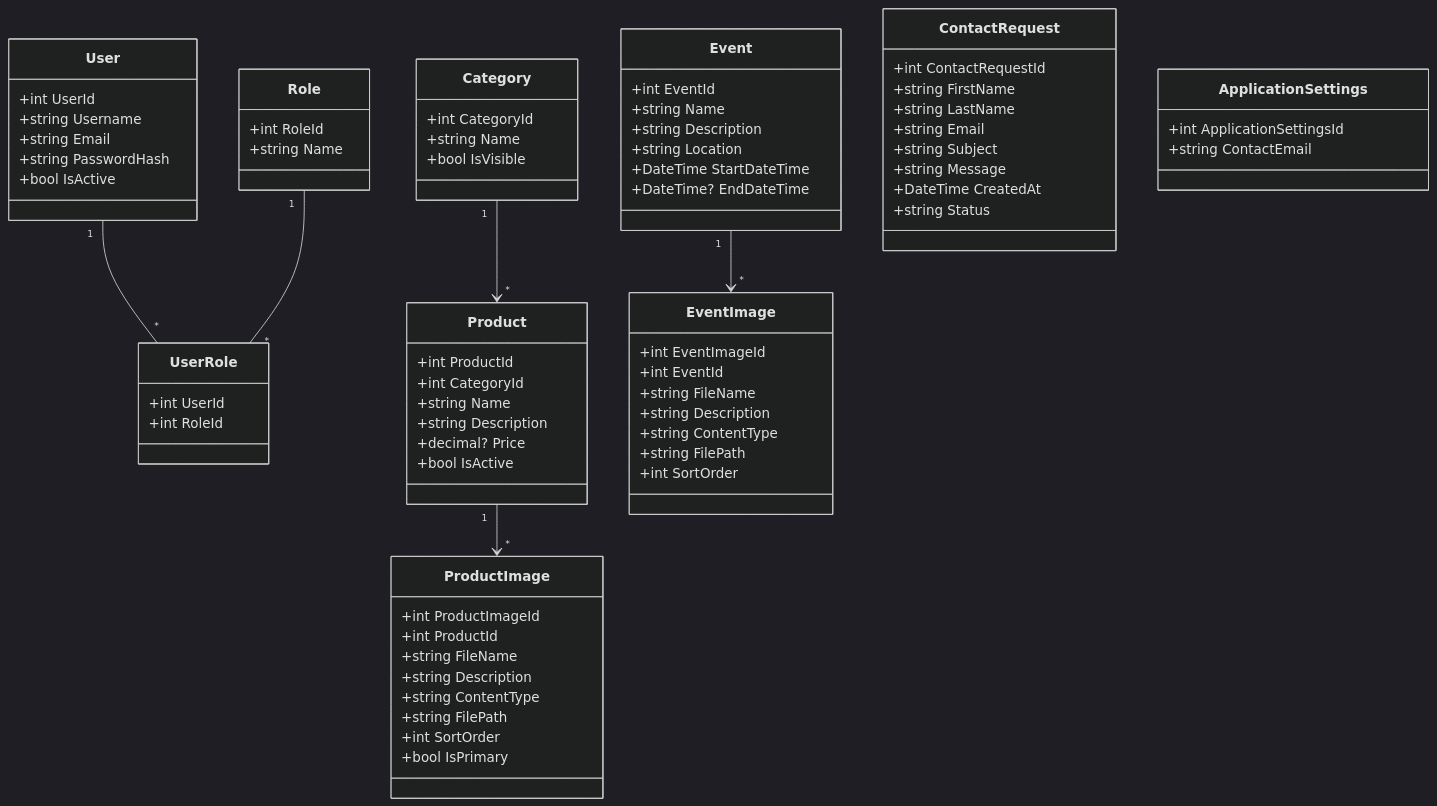
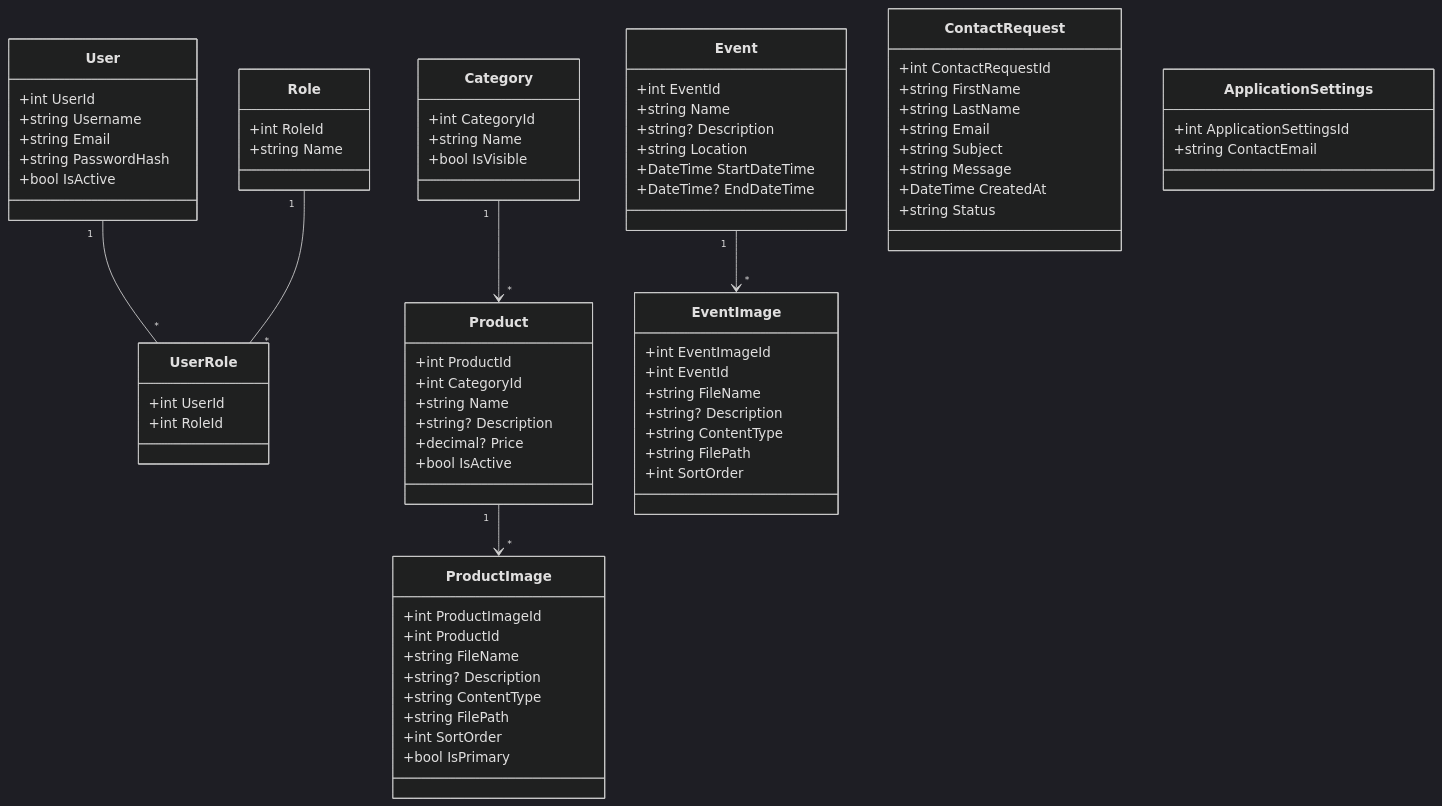
The diagram in documentation/UMLClassDiagram.mmd (SchuelerfirmaBBS1/Webseite_Schuelerfirma_04), drawn with Mermaid (dark theme) before and after one commit.

```diff
--- a/documentation/UMLClassDiagram.mmd
+++ b/documentation/UMLClassDiagram.mmd
@@ -1,88 +1,88 @@
 classDiagram
 
 class User {
     +int UserId
     +string Username
     +string Email
     +string PasswordHash
     +bool IsActive
 }
 
 class Role {
     +int RoleId
     +string Name
 }
 
 class UserRole {
     +int UserId
     +int RoleId
 }
 
 User "1" -- "*" UserRole
 Role "1" -- "*" UserRole
 
 class Category {
     +int CategoryId
     +string Name
     +bool IsVisible
 }
 
 class Product {
     +int ProductId
     +int CategoryId
     +string Name
-    +string Description
+    +string? Description
     +decimal? Price
     +bool IsActive
 }
 
 class ProductImage {
     +int ProductImageId
     +int ProductId
     +string FileName
-    +string Description
+    +string? Description
     +string ContentType
     +string FilePath
     +int SortOrder
     +bool IsPrimary
 }
 
 Category "1" --> "*" Product
 Product "1" --> "*" ProductImage
 
 class Event {
     +int EventId
     +string Name
-    +string Description
+    +string? Description
     +string Location
     +DateTime StartDateTime
     +DateTime? EndDateTime
 }
 
 class EventImage {
     +int EventImageId
     +int EventId
     +string FileName
-    +string Description
+    +string? Description
     +string ContentType
     +string FilePath
     +int SortOrder
 }
 
 Event "1" --> "*" EventImage
 
 class ContactRequest {
     +int ContactRequestId
     +string FirstName
     +string LastName
     +string Email
     +string Subject
     +string Message
     +DateTime CreatedAt
     +string Status
 }
 
 class ApplicationSettings {
     +int ApplicationSettingsId
     +string ContactEmail
 }
```
